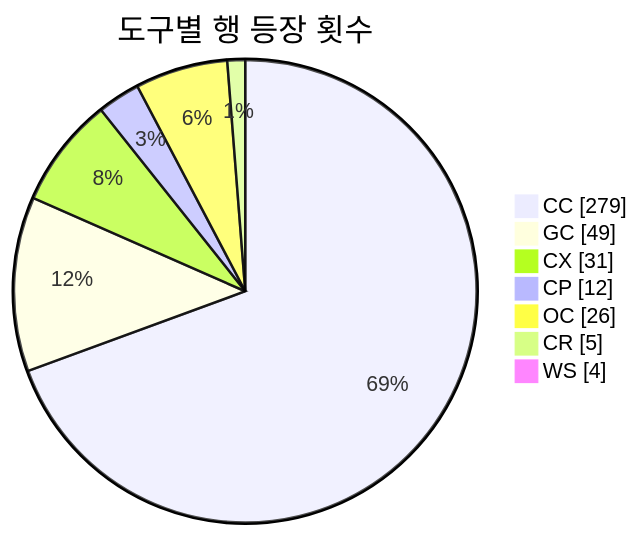
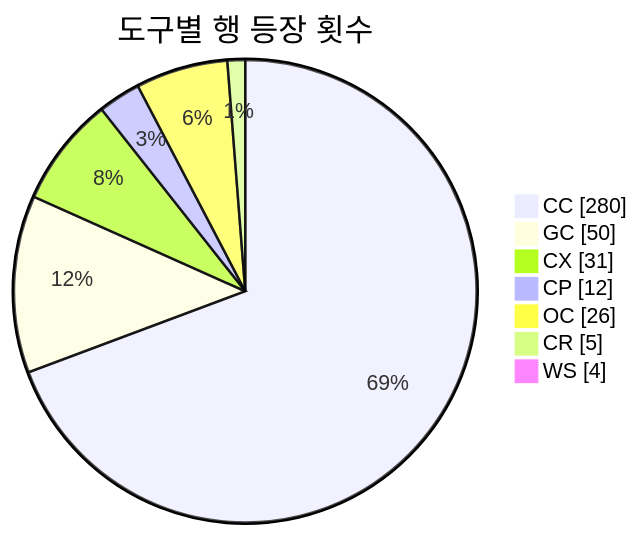
Before and after one commit to J-nowcow/awesome-korean-agent-skills: the second of 3 diagrams in README.md, drawn with Mermaid. The commit also changed other lines of this file and 5 other files, not shown here.

````diff
--- a/README.md
+++ b/README.md
@@ -193,11 +193,11 @@
 ```mermaid
 pie showData
     title 도구별 행 등장 횟수
-    "CC" : 279
-    "GC" : 49
+    "CC" : 280
+    "GC" : 50
     "CX" : 31
     "CP" : 12
     "OC" : 26
     "CR" : 5
     "WS" : 4
 ```
````
